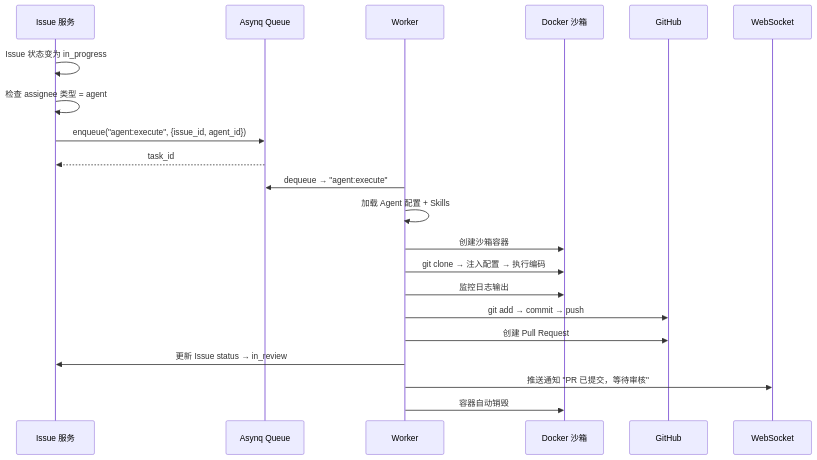
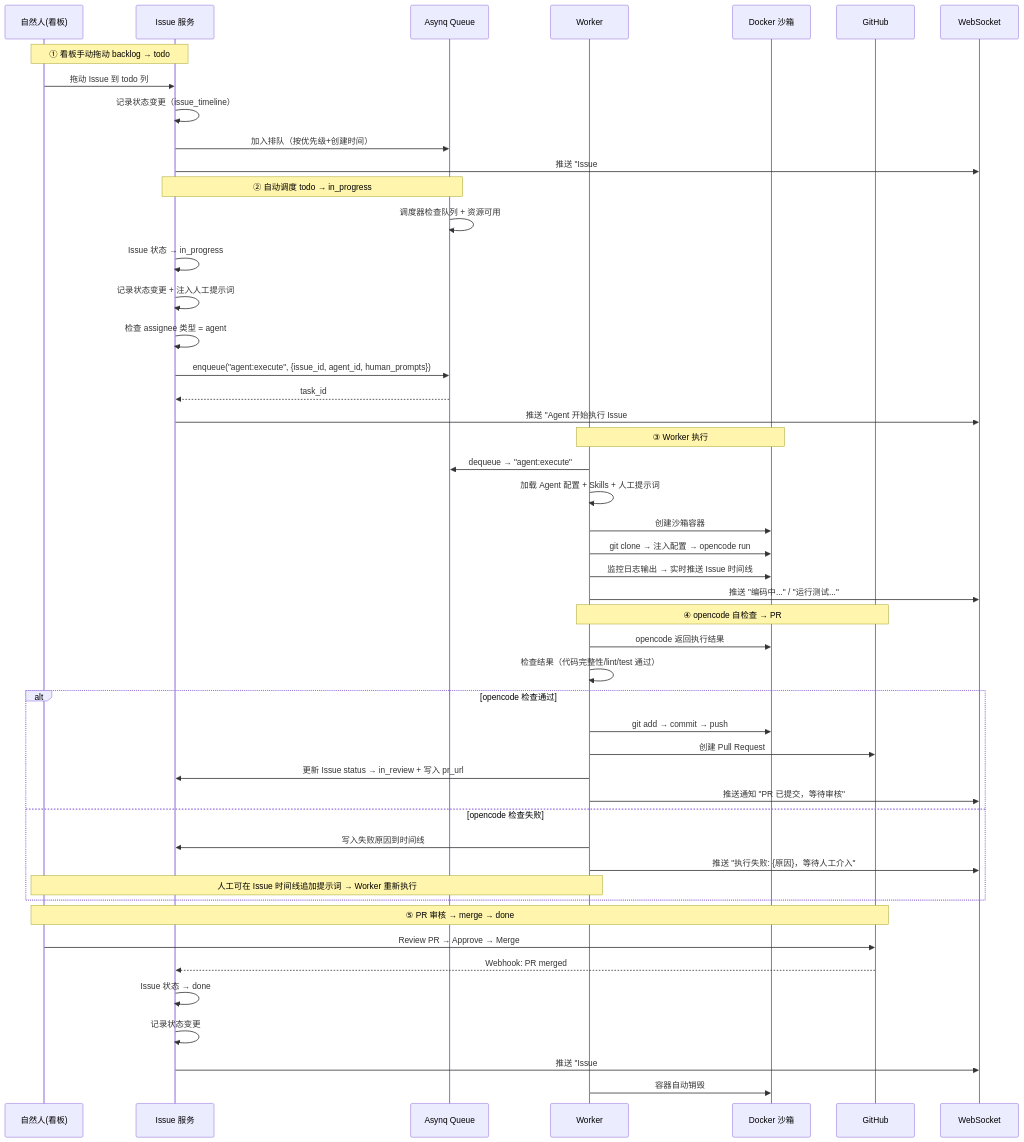
The fifth of 8 diagrams in docs/plan/architecture-analysis.md (huagelong/anserFlow), drawn with Mermaid before and after one commit. The commit also changed other lines of this file, not shown here.

First line of the commit message:
docs(architecture): 重构群聊→任务交付全链路闭环逻辑

````diff
--- a/docs/plan/architecture-analysis.md
+++ b/docs/plan/architecture-analysis.md
@@ -4275,27 +4335,55 @@
 ```mermaid
 sequenceDiagram
+    participant H as 自然人(看板)
     participant ISS as Issue 服务
     participant Q as Asynq Queue
     participant W as Worker
     participant D as Docker 沙箱
     participant GH as GitHub
     participant WS as WebSocket
 
-    ISS->>ISS: Issue 状态变为 in_progress
+    Note over H,ISS: ① 看板手动拖动 backlog → todo
+    H->>ISS: 拖动 Issue 到 todo 列
+    ISS->>ISS: 记录状态变更（issue_timeline）
+    ISS->>Q: 加入排队（按优先级+创建时间）
+    ISS->>WS: 推送 "Issue #1 已排队等待执行"
+
+    Note over ISS,Q: ② 自动调度 todo → in_progress
+    Q->>Q: 调度器检查队列 + 资源可用
+    ISS->>ISS: Issue 状态 → in_progress
+    ISS->>ISS: 记录状态变更 + 注入人工提示词
     ISS->>ISS: 检查 assignee 类型 = agent
-    
-    ISS->>Q: enqueue("agent:execute", {issue_id, agent_id})
+    ISS->>Q: enqueue("agent:execute", {issue_id, agent_id, human_prompts})
     Q-->>ISS: task_id
+    ISS->>WS: 推送 "Agent 开始执行 Issue #1"
 
+    Note over W,D: ③ Worker 执行
     W->>Q: dequeue → "agent:execute"
-    W->>W: 加载 Agent 配置 + Skills
+    W->>W: 加载 Agent 配置 + Skills + 人工提示词
     W->>D: 创建沙箱容器
-    W->>D: git clone → 注入配置 → 执行编码
-    W->>D: 监控日志输出
-    
-    W->>GH: git add → commit → push
-    W->>GH: 创建 Pull Request
-    W->>ISS: 更新 Issue status → in_review
-    W->>WS: 推送通知 "PR 已提交，等待审核"
+    W->>D: git clone → 注入配置 → opencode run
+    W->>D: 监控日志输出 → 实时推送 Issue 时间线
+    W->>WS: 推送 "编码中..." / "运行测试..."
+
+    Note over W,GH: ④ opencode 自检查 → PR
+    W->>D: opencode 返回执行结果
+    W->>W: 检查结果（代码完整性/lint/test 通过）
+    alt opencode 检查通过
+        W->>D: git add → commit → push
+        W->>GH: 创建 Pull Request
+        W->>ISS: 更新 Issue status → in_review + 写入 pr_url
+        W->>WS: 推送通知 "PR 已提交，等待审核"
+    else opencode 检查失败
+        W->>ISS: 写入失败原因到时间线
+        W->>WS: 推送 "执行失败: {原因}，等待人工介入"
+        Note over H,W: 人工可在 Issue 时间线追加提示词 → Worker 重新执行
+    end
+
+    Note over H,GH: ⑤ PR 审核 → merge → done
+    H->>GH: Review PR → Approve → Merge
+    GH-->>ISS: Webhook: PR merged
+    ISS->>ISS: Issue 状态 → done
+    ISS->>ISS: 记录状态变更
+    ISS->>WS: 推送 "Issue #1 已完成"
     W->>D: 容器自动销毁
 ```
````
